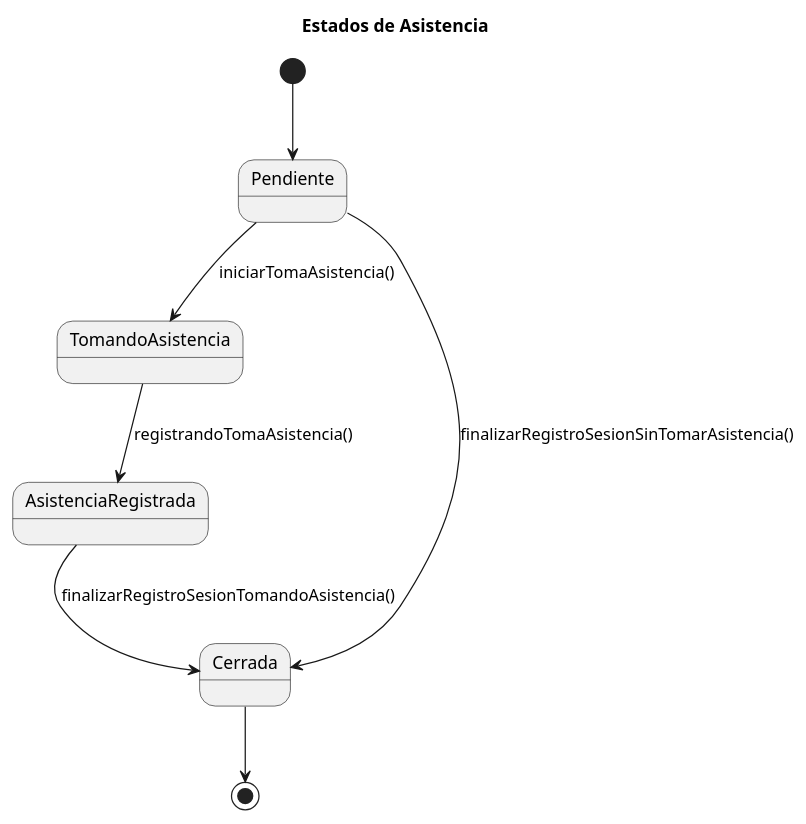
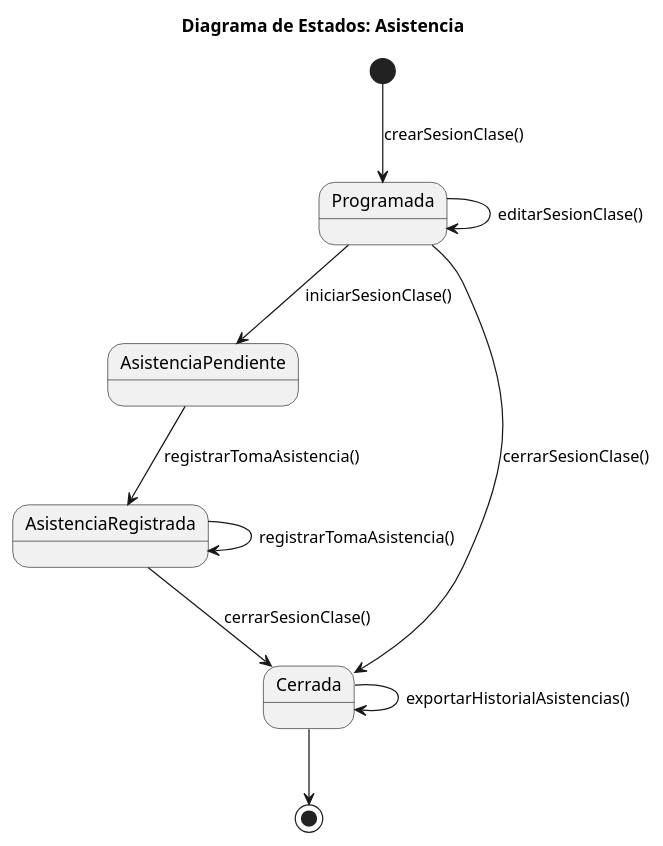
One commit to enmabry/25-26-IdSw1-SdR changed the diagram in documents/ModeloDelDominio/DiagramasDeEstado/Asistencia/Asistencia.puml. Above: the diagram before and after it, drawn with PlantUML. The commit also changed 22 other files, not shown here.

```diff
--- a/documents/ModeloDelDominio/DiagramasDeEstado/Asistencia/Asistencia.puml
+++ b/documents/ModeloDelDominio/DiagramasDeEstado/Asistencia/Asistencia.puml
@@ -1,14 +1,20 @@
 @startuml
-title Estados de Asistencia
+skinparam style strictuml
+title Diagrama de Estados: Asistencia
 
-[*] --> Pendiente
+[*] --> Programada : crearSesionClase()
 
-Pendiente --> TomandoAsistencia : iniciarTomaAsistencia()
-TomandoAsistencia --> AsistenciaRegistrada : registrandoTomaAsistencia()
+Programada --> Programada : editarSesionClase()
+Programada --> AsistenciaPendiente : iniciarSesionClase()
+Programada --> Cerrada : cerrarSesionClase()
 
-AsistenciaRegistrada --> Cerrada : finalizarRegistroSesionTomandoAsistencia()
-Pendiente --> Cerrada : finalizarRegistroSesionSinTomarAsistencia()
+
+AsistenciaPendiente --> AsistenciaRegistrada : registrarTomaAsistencia()
+AsistenciaRegistrada --> AsistenciaRegistrada : registrarTomaAsistencia()
+
+
+AsistenciaRegistrada --> Cerrada : cerrarSesionClase()
+Cerrada --> Cerrada : exportarHistorialAsistencias()
 
 Cerrada --> [*]
-
 @enduml
```
